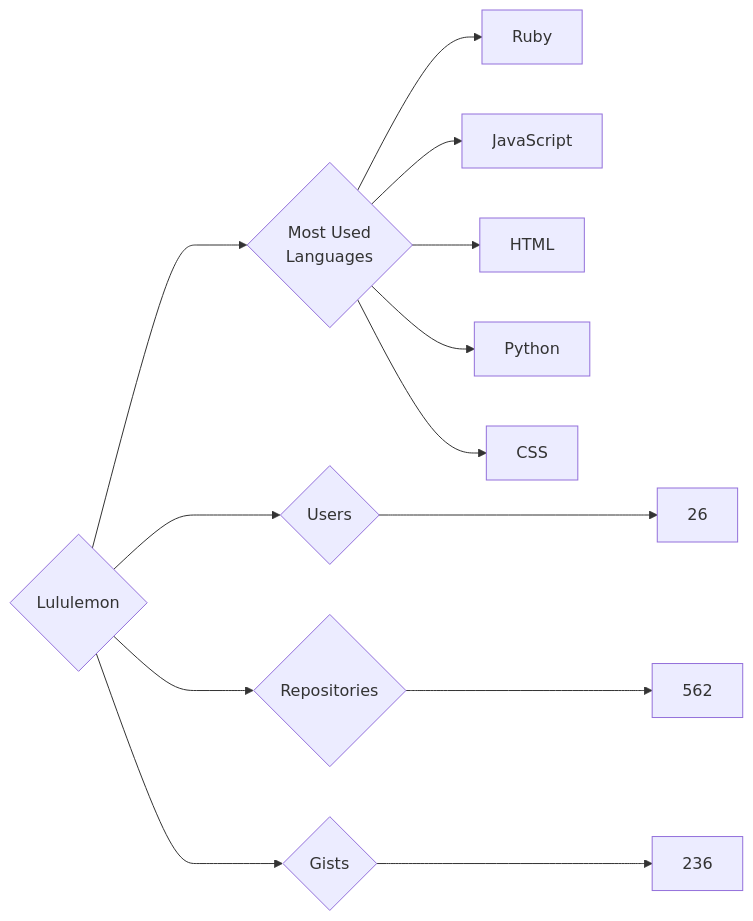
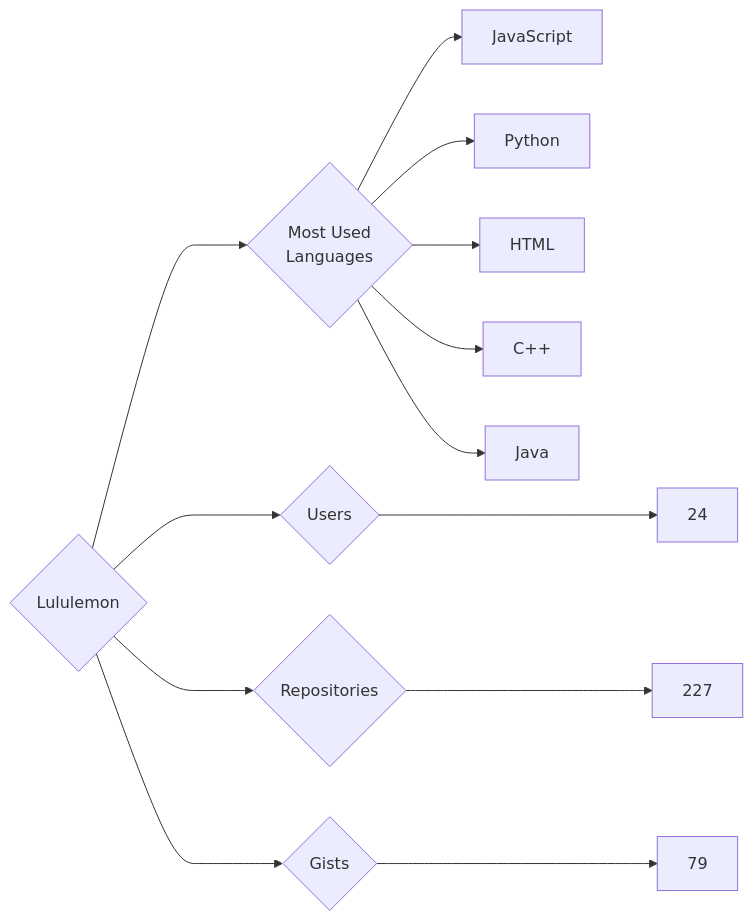
The diagram in targets/Lululemon/README.md (trickest/insiders), drawn with Mermaid before and after one commit. The commit also changed 597 other files, not shown here.

````diff
--- a/targets/Lululemon/README.md
+++ b/targets/Lululemon/README.md
@@ -3,13 +3,13 @@
 ```mermaid
 graph LR
 COMPANY_NAME{Lululemon}
-COMPANY_NAME ---> U{Users} ---> UN[26]
-COMPANY_NAME ---> R{Repositories} ---> RN[562]
-COMPANY_NAME ---> G{Gists} ---> GN[236]
+COMPANY_NAME ---> U{Users} ---> UN[24]
+COMPANY_NAME ---> R{Repositories} ---> RN[227]
+COMPANY_NAME ---> G{Gists} ---> GN[79]
 COMPANY_NAME ---> ML{Most Used<br>Languages}
-ML --> Ruby[Ruby]
 ML --> JavaScript[JavaScript]
+ML --> Python[Python]
 ML --> HTML[HTML]
-ML --> Python[Python]
-ML --> CSS[CSS]
+ML --> C++[C++]
+ML --> Java[Java]
 ```
````
